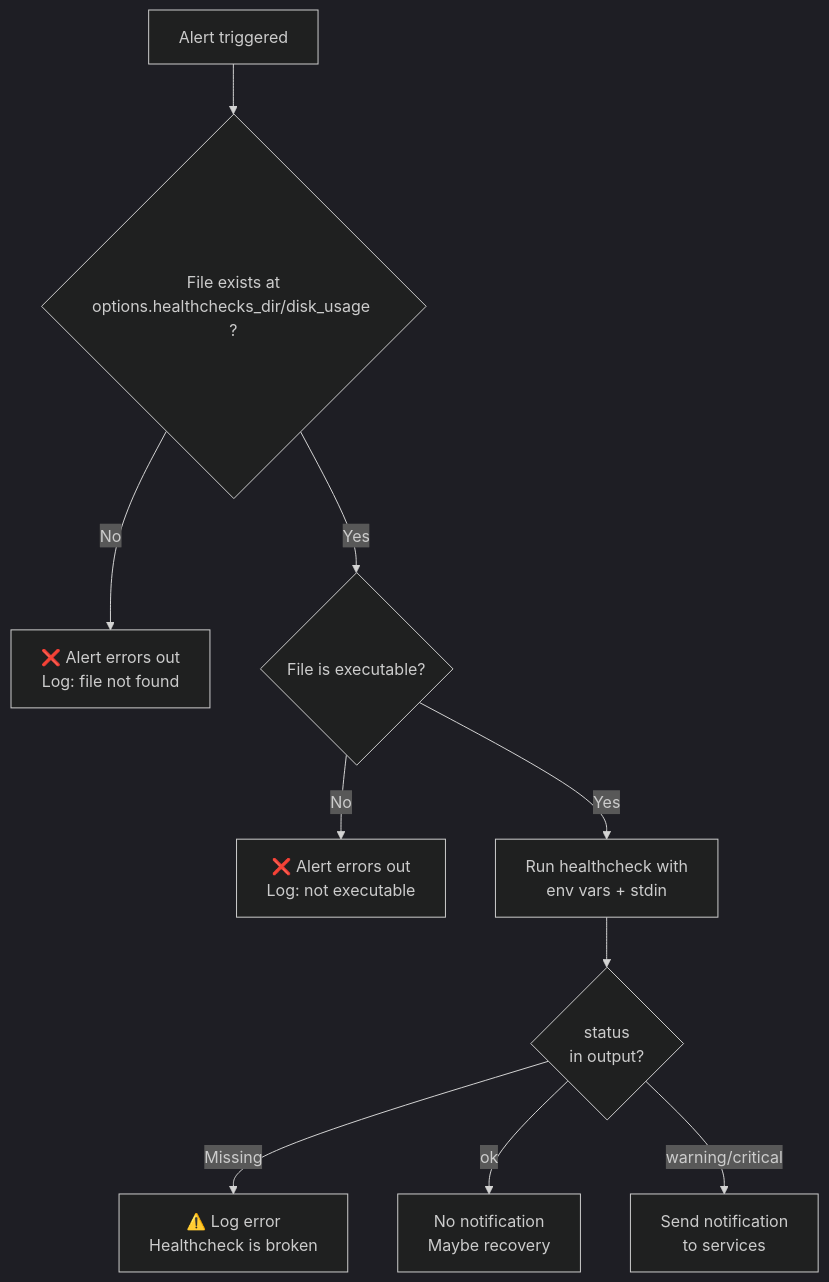
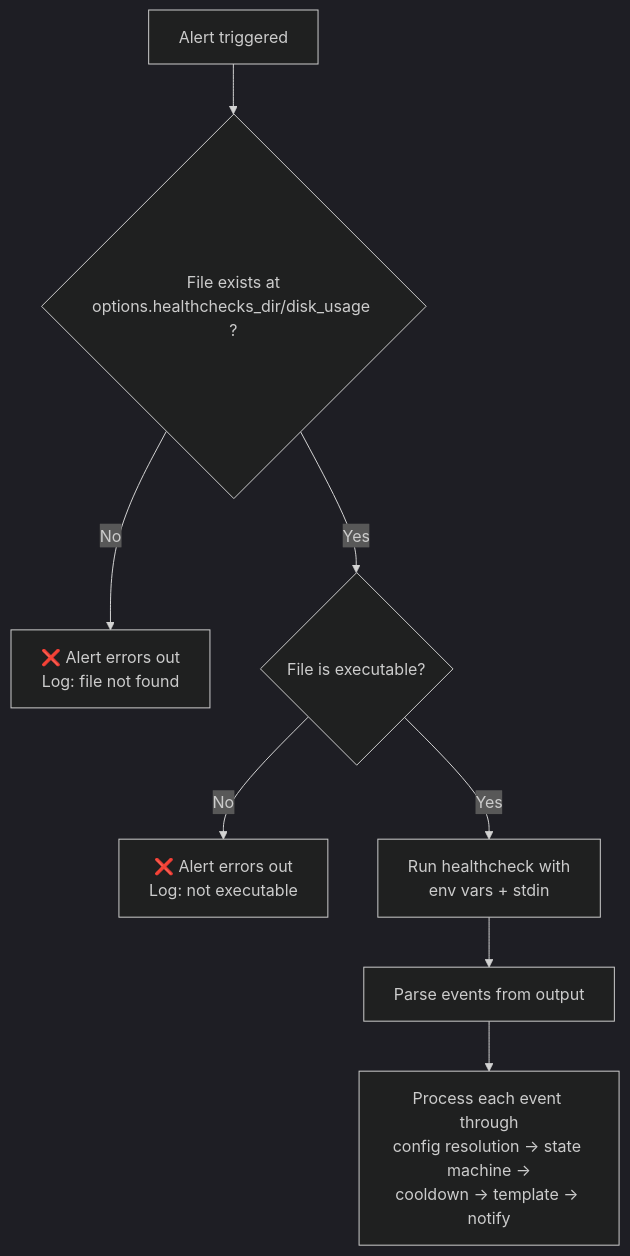
One commit to sznuper/sznuper changed the first of 6 diagrams in docs/healthchecks.md. Above: the diagram before and after it, drawn with Mermaid (dark theme). The commit also changed other lines of this file and 7 other files, not shown here.

````diff
--- a/docs/healthchecks.md
+++ b/docs/healthchecks.md
@@ -62,12 +62,10 @@
 ```mermaid
 flowchart TD
     A[Alert triggered] --> B{File exists at\noptions.healthchecks_dir/disk_usage ?}
     B -->|No| C[❌ Alert errors out\nLog: file not found]
     B -->|Yes| D{File is executable?}
     D -->|No| E[❌ Alert errors out\nLog: not executable]
     D -->|Yes| F[Run healthcheck with\nenv vars + stdin]
-    F --> G{status\nin output?}
-    G -->|Missing| H[⚠️ Log error\nHealthcheck is broken]
-    G -->|ok| I[No notification\nMaybe recovery]
-    G -->|warning/critical| J[Send notification\nto services]
+    F --> G[Parse events from output]
+    G --> H[Process each event through\nconfig resolution → state machine →\ncooldown → template → notify]
 ```
````
